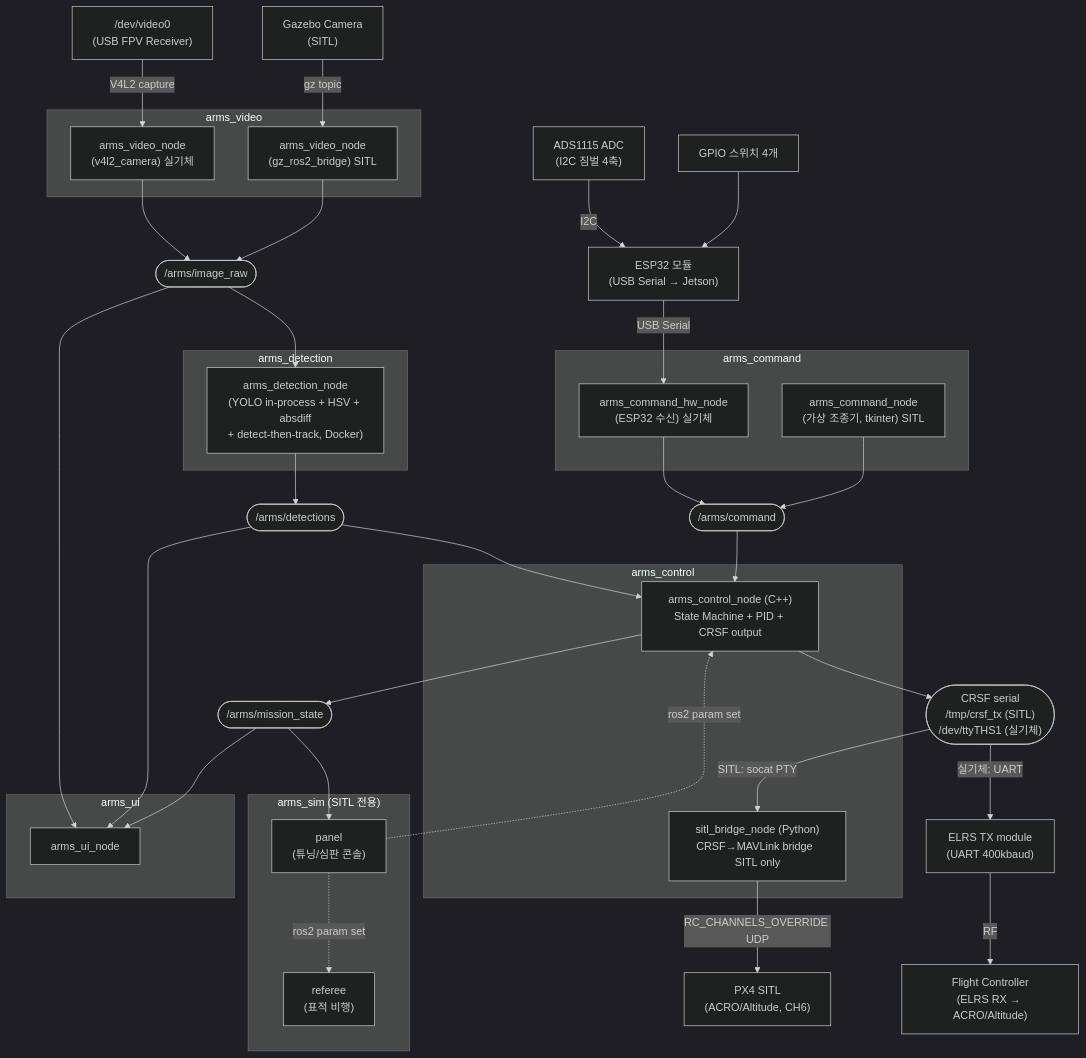
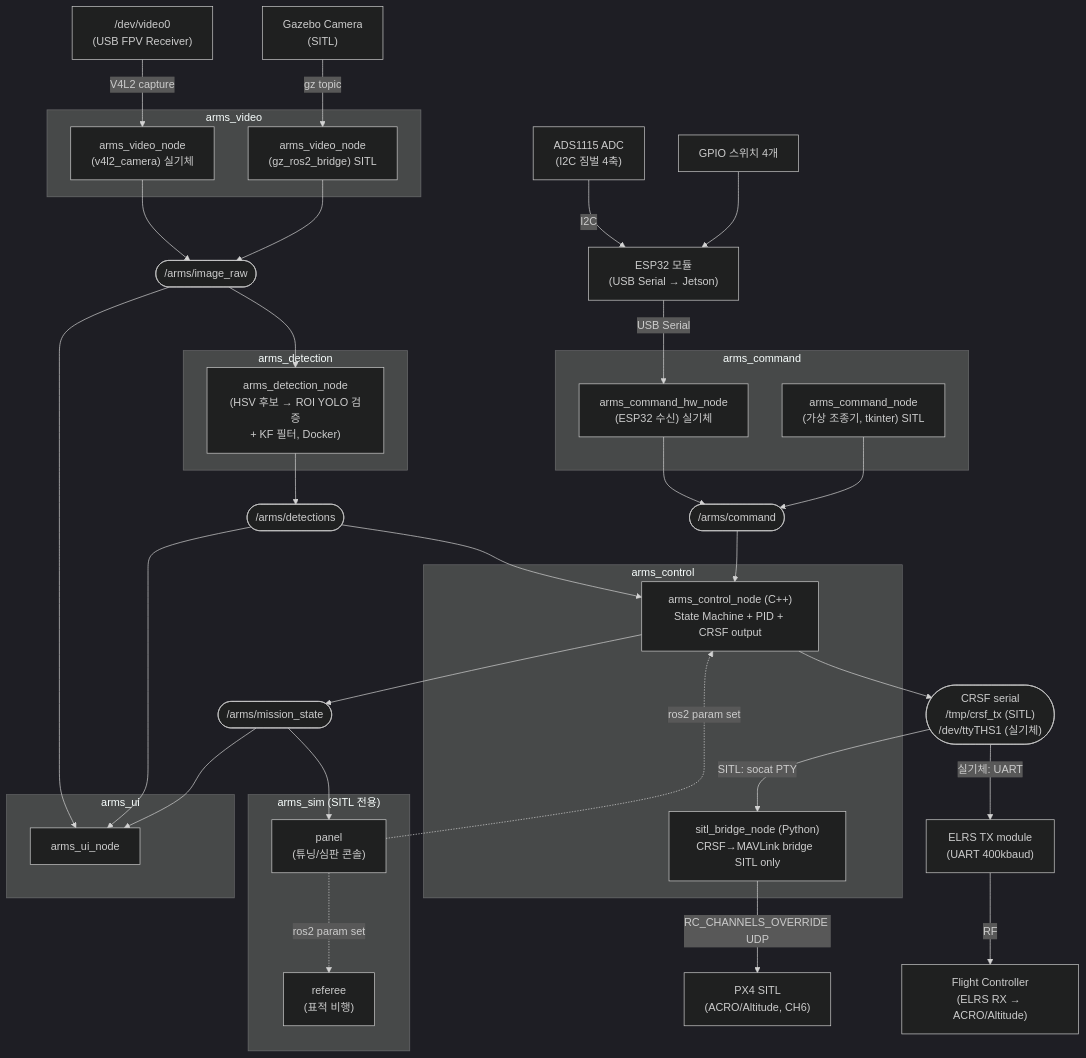
The first of 4 diagrams in SW/docs/DESIGN.md (tokhun2002/A.R.M.S.-Anti-drone-Reusable-Modular-System-), drawn with Mermaid (dark theme) before and after one commit. The commit also changed other lines of this file and 11 other files, not shown here.

````diff
--- a/SW/docs/DESIGN.md
+++ b/SW/docs/DESIGN.md
@@ -63,74 +63,74 @@
 ```mermaid
 graph TD
     GAZEBO["Gazebo Camera<br/>(SITL)"]
     V4L2["/dev/video0<br/>(USB FPV Receiver)"]
 
     subgraph arms_video ["arms_video"]
         VN_REAL["arms_video_node<br/>(v4l2_camera) 실기체"]
         VN_SITL["arms_video_node<br/>(gz_ros2_bridge) SITL"]
     end
 
     IMAGE(["/arms/image_raw"])
 
     subgraph arms_detection ["arms_detection"]
-        DN_FUSION["arms_detection_node<br/>(YOLO in-process + HSV + absdiff<br/>+ detect-then-track, Docker)"]
+        DN_FUSION["arms_detection_node<br/>(HSV 후보 → ROI YOLO 검증<br/>+ KF 필터, Docker)"]
     end
 
     subgraph arms_command ["arms_command"]
         CMD_GUI["arms_command_node<br/>(가상 조종기, tkinter) SITL"]
         CMD_JOY["arms_command_hw_node<br/>(ESP32 수신) 실기체"]
     end
 
     subgraph arms_sim ["arms_sim (SITL 전용)"]
         PANEL["panel<br/>(튜닝/심판 콘솔)"]
         REFEREE["referee<br/>(표적 비행)"]
     end
 
     ADS1115["ADS1115 ADC<br/>(I2C 짐벌 4축)"]
     SWGPIO["GPIO 스위치 4개"]
     ESP32["ESP32 모듈<br/>(USB Serial → Jetson)"]
     JOY(["/arms/command"])
 
     DETECTIONS(["/arms/detections"])
     MISSION_STATE(["/arms/mission_state"])
     CRSF_SERIAL(["CRSF serial<br/>/tmp/crsf_tx (SITL)<br/>/dev/ttyTHS1 (실기체)"])
 
     subgraph arms_control ["arms_control"]
         CN["arms_control_node (C++)<br/>State Machine + PID + CRSF output"]
         BRIDGE["sitl_bridge_node (Python)<br/>CRSF→MAVLink bridge  SITL only"]
     end
 
     subgraph arms_ui ["arms_ui"]
         UN["arms_ui_node"]
     end
 
     FC_SITL["PX4 SITL<br/>(ACRO/Altitude, CH6)"]
     FC_HW["Flight Controller<br/>(ELRS RX → ACRO/Altitude)"]
     ELRS_TX["ELRS TX module<br/>(UART 400kbaud)"]
 
     V4L2 -->|V4L2 capture| VN_REAL
     GAZEBO -->|gz topic| VN_SITL
     ADS1115 -->|I2C| ESP32
     SWGPIO --> ESP32
     ESP32 -->|USB Serial| CMD_JOY
     CMD_JOY --> JOY
     CMD_GUI --> JOY
     VN_REAL --> IMAGE
     VN_SITL --> IMAGE
     IMAGE --> DN_FUSION
     IMAGE --> UN
     DN_FUSION --> DETECTIONS
     DETECTIONS --> CN
     DETECTIONS --> UN
     JOY --> CN
     CN --> MISSION_STATE
     CN --> CRSF_SERIAL
     MISSION_STATE --> UN
     MISSION_STATE --> PANEL
     PANEL -.->|ros2 param set| CN
     PANEL -.->|ros2 param set| REFEREE
     CRSF_SERIAL -->|SITL: socat PTY| BRIDGE
     BRIDGE -->|RC_CHANNELS_OVERRIDE UDP| FC_SITL
     CRSF_SERIAL -->|실기체: UART| ELRS_TX
     ELRS_TX -->|RF| FC_HW
 ```
````
